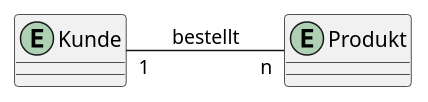
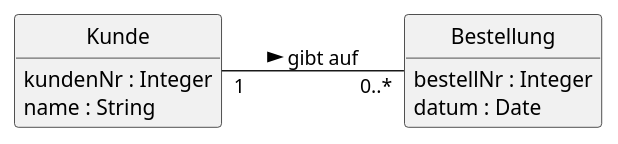
One commit to JonasHinterdorfer/Referat-Data-Modeling changed the fifth of 10 diagrams in index.qmd. Above: the diagram before and after it, drawn with PlantUML. The commit also changed other lines of this file, not shown here.

First line of the commit message:
Notationsbeispiele, Stärken/Schwächen und weitere Diagramme ergänzen

````diff
--- a/index.qmd
+++ b/index.qmd
@@ -215,10 +281,19 @@
-```{.plantuml caption="Vergleich der Notationen am Beispiel Kunde bestellt Produkt"}
+```{.plantuml caption="Kunde gibt Bestellung auf – UML-Klassendiagramm"}
 @startuml
 left to right direction
+hide circle
+hide methods
 
-entity Kunde
-entity Produkt
+class Kunde {
+  kundenNr : Integer
+  name : String
+}
 
-Kunde "1" -- "n" Produkt : bestellt
+class Bestellung {
+  bestellNr : Integer
+  datum : Date
+}
+
+Kunde "1" -- "0..*" Bestellung : gibt auf >
 @enduml
 ```
````
